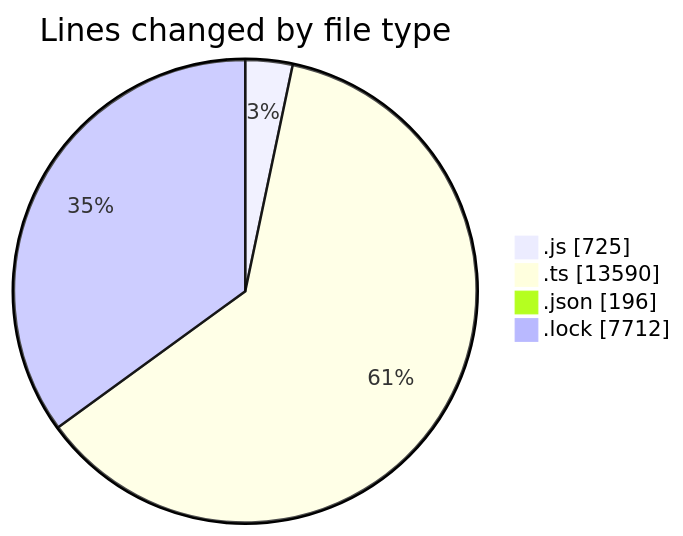
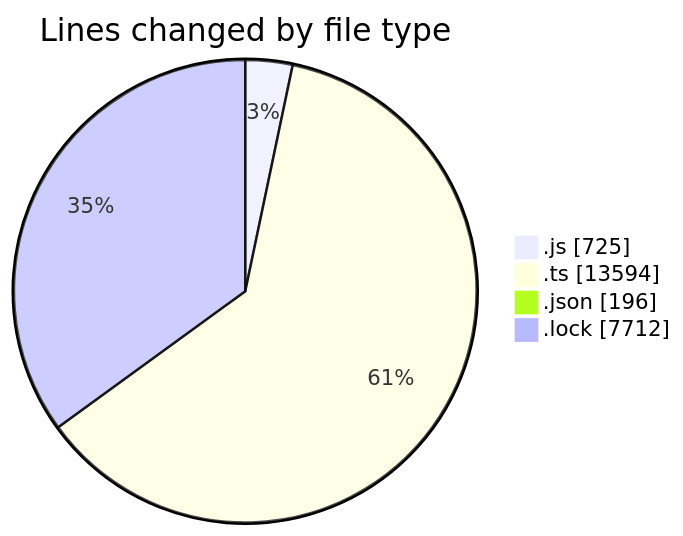
Before and after one commit to momahboobian/code-tracking: the first of 2 diagrams in 2025-05-29/cda/README.md, drawn with Mermaid. The commit also changed other lines of this file and 1 other file, not shown here.

````diff
--- a/2025-05-29/cda/README.md
+++ b/2025-05-29/cda/README.md
@@ -36,8 +36,8 @@
 ```mermaid
 pie showData
 title Lines changed by file type
 ".js" : 725
-".ts" : 13590
+".ts" : 13594
 ".json" : 196
 ".lock" : 7712
 ```
````
